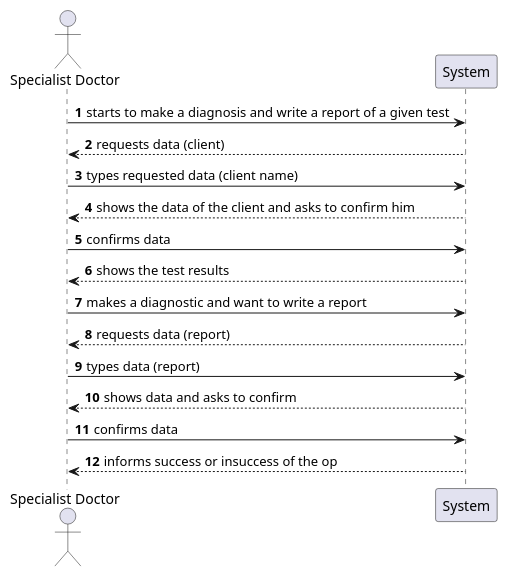
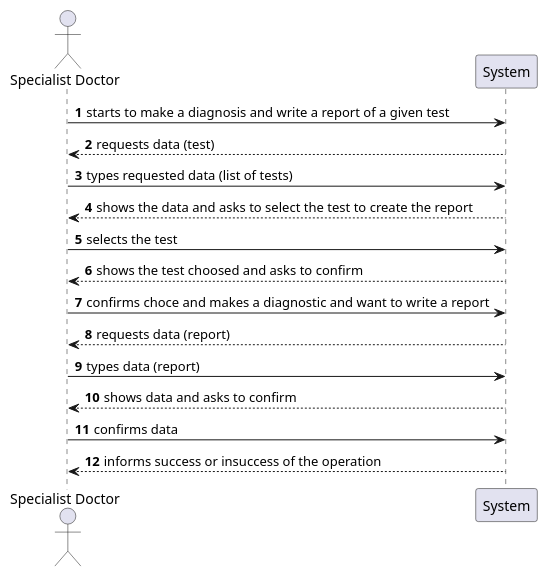
The diagram in docs/SprintC/US14/US14_SSD.puml (jsmarques98/LAPR2-ISEP), drawn with PlantUML before and after one commit. The commit also changed 3 other files, not shown here.

```diff
--- a/docs/SprintC/US14/US14_SSD.puml
+++ b/docs/SprintC/US14/US14_SSD.puml
@@ -1,25 +1,25 @@
 @startuml
 'https://plantuml.com/sequence-diagram
 
 autonumber
 
 actor  "Specialist Doctor" as Spec
 
 Spec -> System: starts to make a diagnosis and write a report of a given test
-System --> Spec: requests data (client)
+System --> Spec: requests data (test)
 
-Spec -> System: types requested data (client name)
-System --> Spec: shows the data of the client and asks to confirm him
+Spec -> System: types requested data (list of tests)
+System --> Spec: shows the data and asks to select the test to create the report
 
-Spec -> System: confirms data
-System --> Spec: shows the test results
+Spec -> System: selects the test
+System --> Spec: shows the test choosed and asks to confirm
 
-Spec -> System: makes a diagnostic and want to write a report
+Spec -> System: confirms choce and makes a diagnostic and want to write a report
 System --> Spec: requests data (report)
 
 Spec -> System: types data (report)
 System --> Spec: shows data and asks to confirm
 
 Spec -> System: confirms data
-System --> Spec: informs success or insuccess of the op
+System --> Spec: informs success or insuccess of the operation
 @enduml
```
